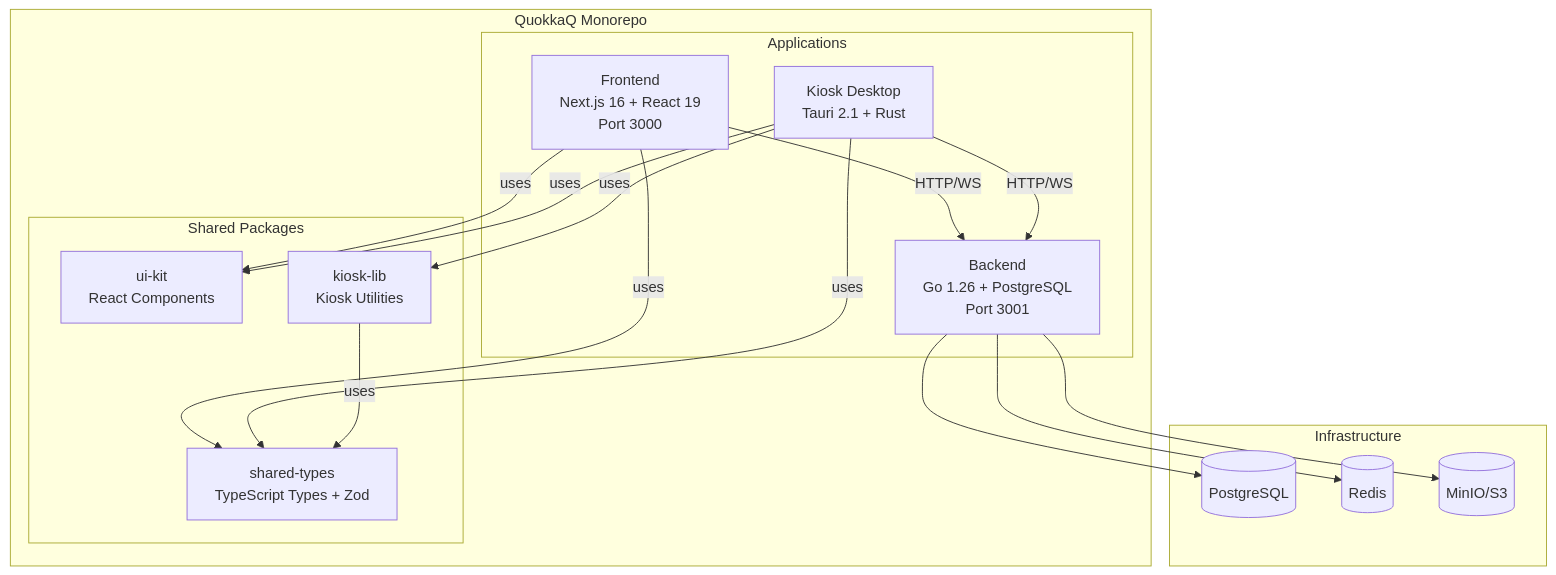
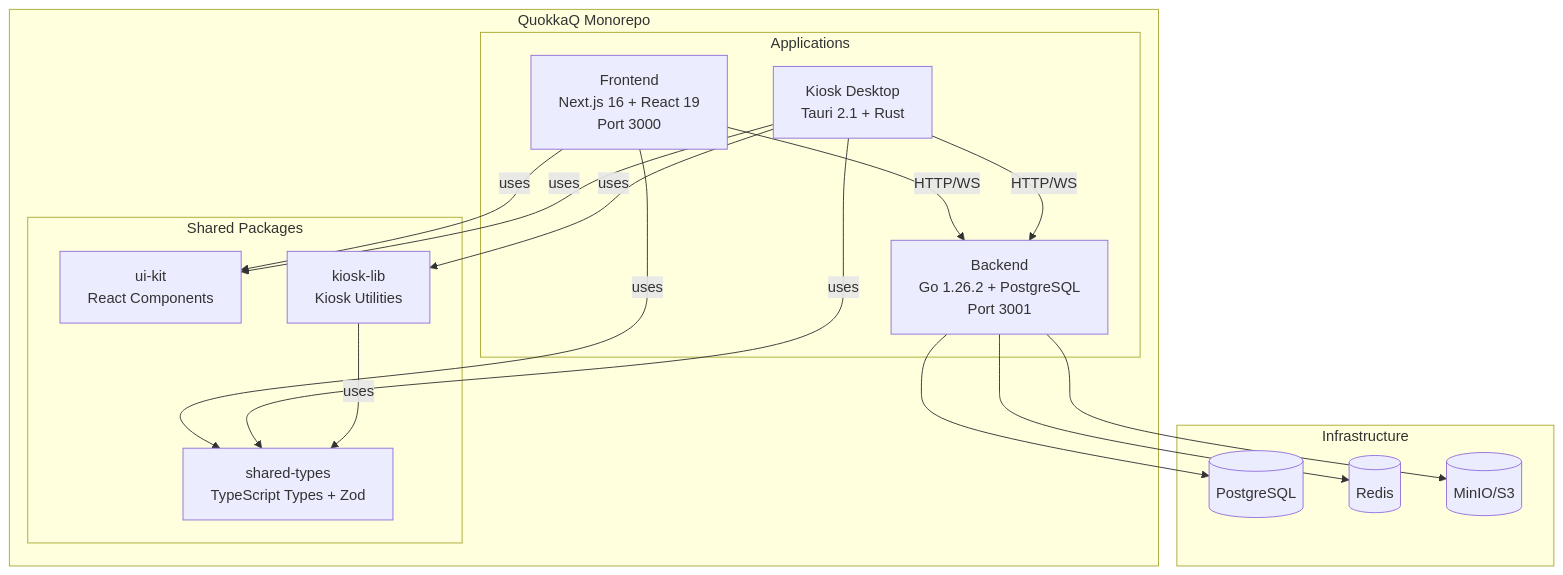
Before and after one commit to thevladbog/quokkaq: the diagram in README.md, drawn with Mermaid. The commit also changed other lines of this file and 24 other files, not shown here.

````diff
--- a/README.md
+++ b/README.md
@@ -62,38 +62,38 @@
 ```mermaid
 graph TB
     subgraph monorepo [QuokkaQ Monorepo]
         subgraph apps [Applications]
             frontend[Frontend<br/>Next.js 16 + React 19<br/>Port 3000]
-            backend[Backend<br/>Go 1.26 + PostgreSQL<br/>Port 3001]
+            backend[Backend<br/>Go 1.26.2 + PostgreSQL<br/>Port 3001]
             kiosk[Kiosk Desktop<br/>Tauri 2.1 + Rust]
         end
         
         subgraph packages [Shared Packages]
             sharedTypes[shared-types<br/>TypeScript Types + Zod]
             uiKit[ui-kit<br/>React Components]
             kioskLib[kiosk-lib<br/>Kiosk Utilities]
         end
         
         frontend -->|uses| sharedTypes
         frontend -->|uses| uiKit
         
         kiosk -->|uses| sharedTypes
         kiosk -->|uses| uiKit
         kiosk -->|uses| kioskLib
         
         kioskLib -->|uses| sharedTypes
         
         frontend -->|HTTP/WS| backend
         kiosk -->|HTTP/WS| backend
     end
     
     subgraph infrastructure [Infrastructure]
         postgres[(PostgreSQL)]
         redis[(Redis)]
         minio[(MinIO/S3)]
     end
     
     backend --> postgres
     backend --> redis
     backend --> minio
 ```
````
